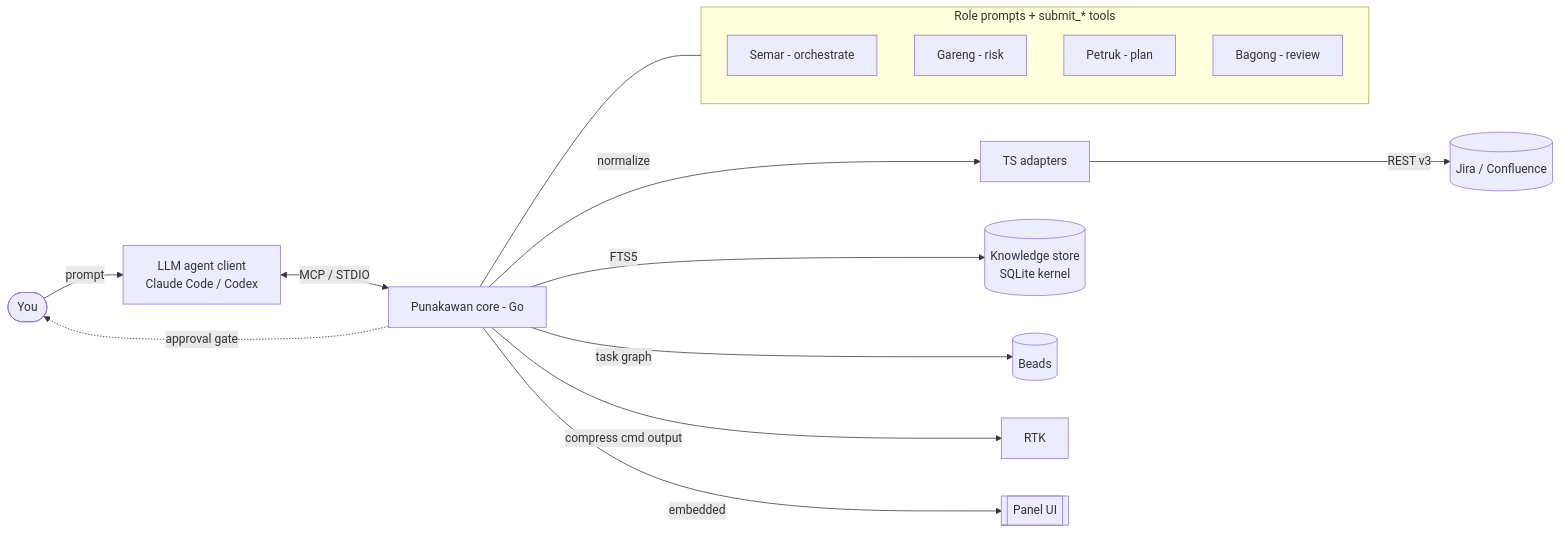
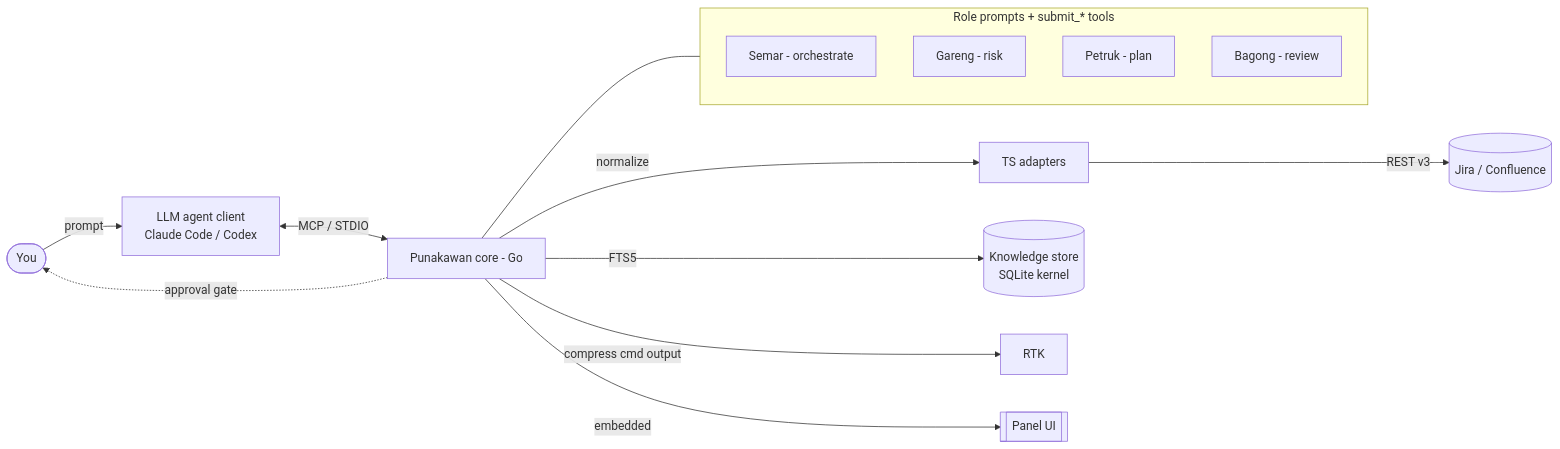
One commit to gdncomm-yunaz-ramadhan/punakawan changed the first of 2 diagrams in README.md. Above: the diagram before and after it, drawn with Mermaid. The commit also changed other lines of this file and 35 other files, not shown here.

````diff
--- a/README.md
+++ b/README.md
@@ -97,20 +96,19 @@
 ```mermaid
 flowchart LR
   You([You]) -->|prompt| Agent[LLM agent client<br/>Claude Code / Codex]
   Agent <-->|MCP / STDIO| PK[Punakawan core - Go]
 
   subgraph Roles [Role prompts + submit_* tools]
     Semar[Semar - orchestrate]
     Gareng[Gareng - risk]
     Petruk[Petruk - plan]
     Bagong[Bagong - review]
   end
 
   PK --- Roles
   PK -->|normalize| ADP[TS adapters] -->|REST v3| Jira[(Jira / Confluence)]
   PK -->|FTS5| KN[(Knowledge store<br/>SQLite kernel)]
-  PK -->|task graph| BD[(Beads)]
   PK -->|compress cmd output| RTK[RTK]
   PK -->|embedded| Panel[[Panel UI]]
   PK -.->|approval gate| You
 ```
````
